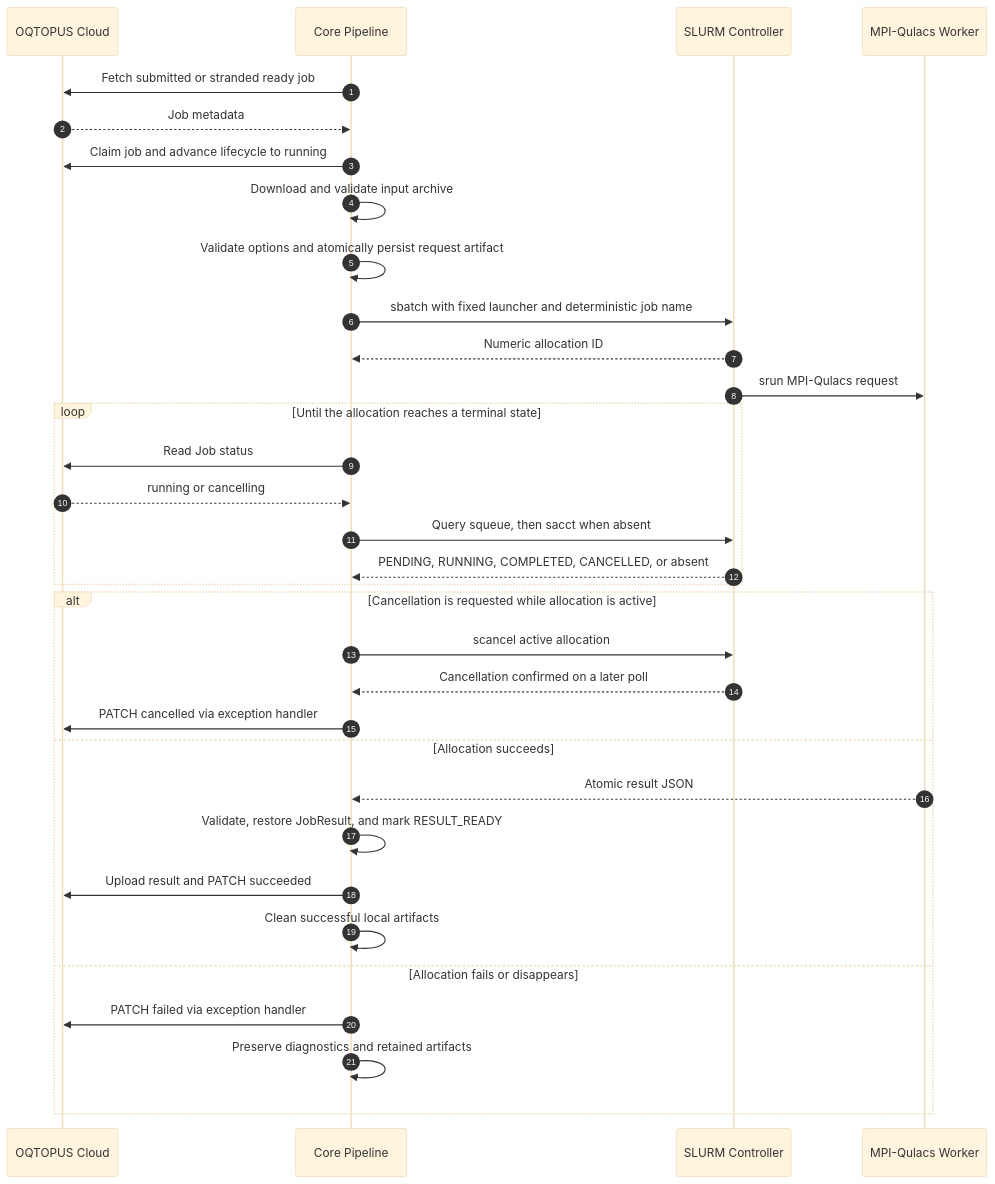
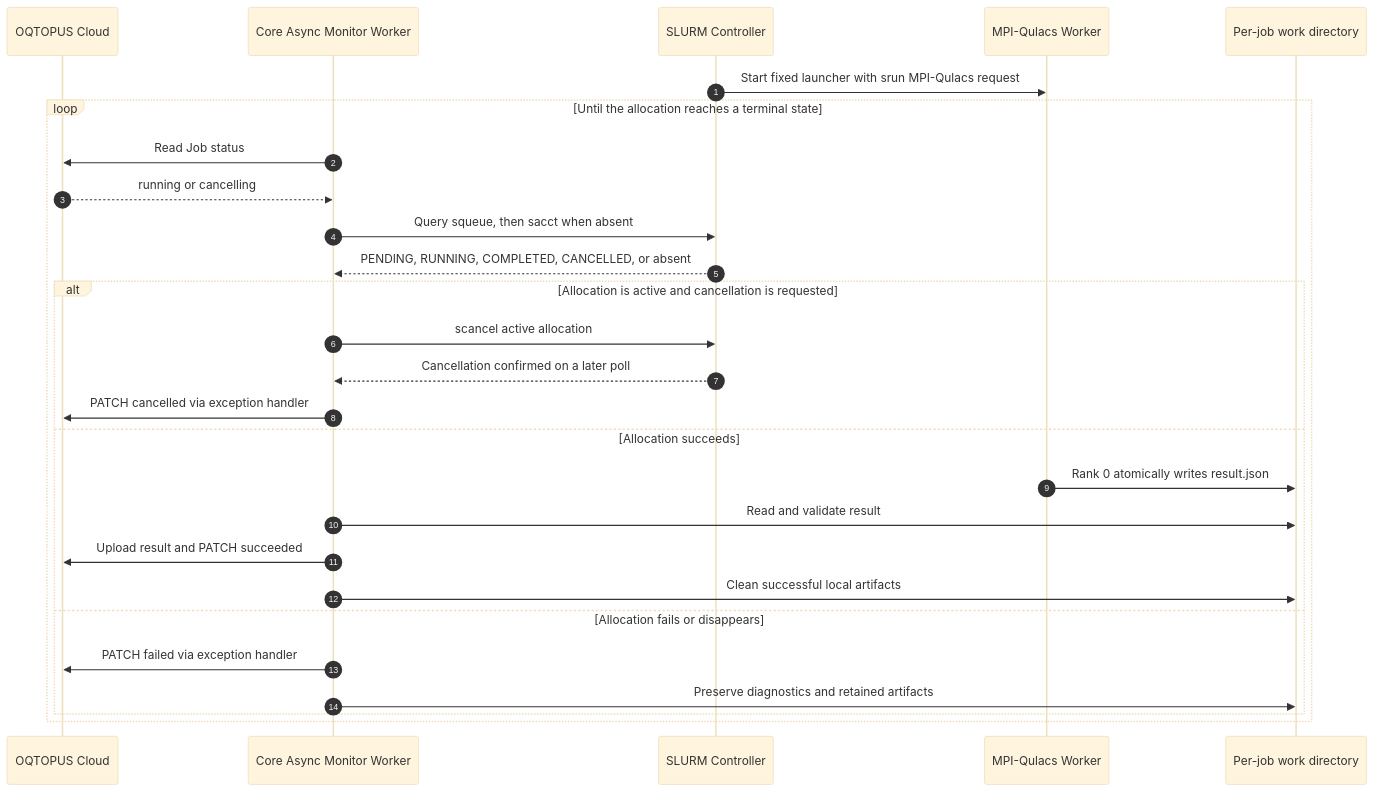
One commit to oqtopus-team/oqtopus-engine changed the second of 4 diagrams in docs/features/slurm_simulator/overview.md. Above: the diagram before and after it, drawn with Mermaid (base theme). The commit also changed other lines of this file, not shown here.

Commit message:
feat(docs): update SLURM simulator overview with processing sequences and recovery flow

````diff
--- a/docs/features/slurm_simulator/overview.md
+++ b/docs/features/slurm_simulator/overview.md
@@ -44,38 +78,32 @@
 ```mermaid
 sequenceDiagram
-    autonumber
-    participant Cloud as OQTOPUS Cloud
-    participant Core as Core Pipeline
-    participant Slurm as SLURM Controller
-    participant Worker as MPI-Qulacs Worker
+  autonumber
+  participant Cloud as OQTOPUS Cloud
+  participant Monitor as Core Async Monitor Worker
+  participant Slurm as SLURM Controller
+  participant Worker as MPI-Qulacs Worker
+  participant WorkDir as Per-job work directory
 
-    Core->>Cloud: Fetch submitted or stranded ready job
-    Cloud-->>Core: Job metadata
-    Core->>Cloud: Claim job and advance lifecycle to running
-    Core->>Core: Download and validate input archive
-    Core->>Core: Validate options and atomically persist request artifact
-    Core->>Slurm: sbatch with fixed launcher and deterministic job name
-    Slurm-->>Core: Numeric allocation ID
-    Slurm->>Worker: srun MPI-Qulacs request
+  Slurm->>Worker: Start fixed launcher with srun MPI-Qulacs request
 
-    loop Until the allocation reaches a terminal state
-      Core->>Cloud: Read Job status
-      Cloud-->>Core: running or cancelling
-      Core->>Slurm: Query squeue, then sacct when absent
-      Slurm-->>Core: PENDING, RUNNING, COMPLETED, CANCELLED, or absent
+  loop Until the allocation reaches a terminal state
+    Monitor->>Cloud: Read Job status
+    Cloud-->>Monitor: running or cancelling
+    Monitor->>Slurm: Query squeue, then sacct when absent
+    Slurm-->>Monitor: PENDING, RUNNING, COMPLETED, CANCELLED, or absent
+
+    alt Allocation is active and cancellation is requested
+      Monitor->>Slurm: scancel active allocation
+      Slurm-->>Monitor: Cancellation confirmed on a later poll
+      Monitor->>Cloud: PATCH cancelled via exception handler
+    else Allocation succeeds
+      Worker->>WorkDir: Rank 0 atomically writes result.json
+      Monitor->>WorkDir: Read and validate result
+      Monitor->>Cloud: Upload result and PATCH succeeded
+      Monitor->>WorkDir: Clean successful local artifacts
+    else Allocation fails or disappears
+      Monitor->>Cloud: PATCH failed via exception handler
+      Monitor->>WorkDir: Preserve diagnostics and retained artifacts
     end
-
-    alt Cancellation is requested while allocation is active
-        Core->>Slurm: scancel active allocation
-      Slurm-->>Core: Cancellation confirmed on a later poll
-      Core->>Cloud: PATCH cancelled via exception handler
-    else Allocation succeeds
-        Worker-->>Core: Atomic result JSON
-      Core->>Core: Validate, restore JobResult, and mark RESULT_READY
-      Core->>Cloud: Upload result and PATCH succeeded
-        Core->>Core: Clean successful local artifacts
-    else Allocation fails or disappears
-      Core->>Cloud: PATCH failed via exception handler
-        Core->>Core: Preserve diagnostics and retained artifacts
-    end
+  end
 ```
````
